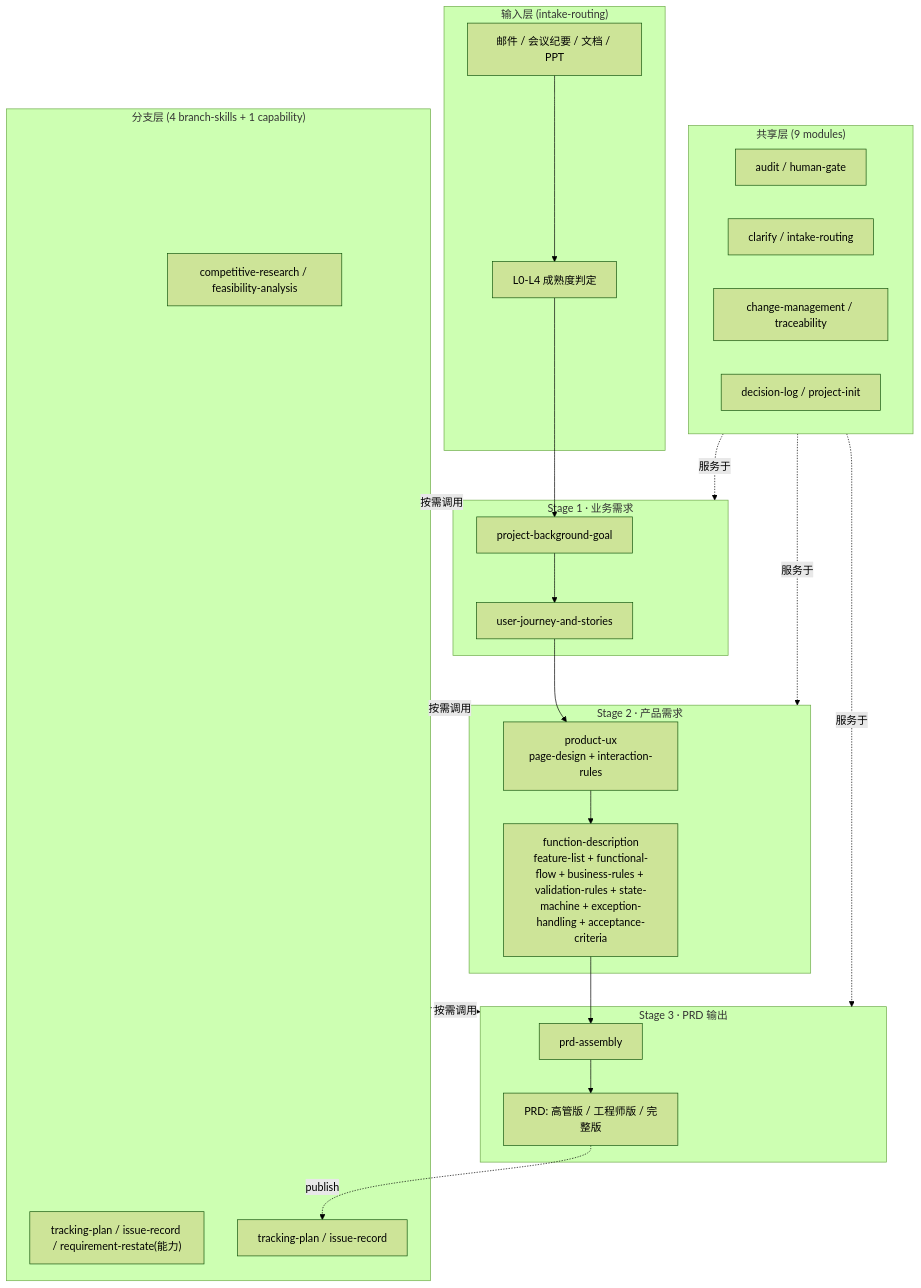
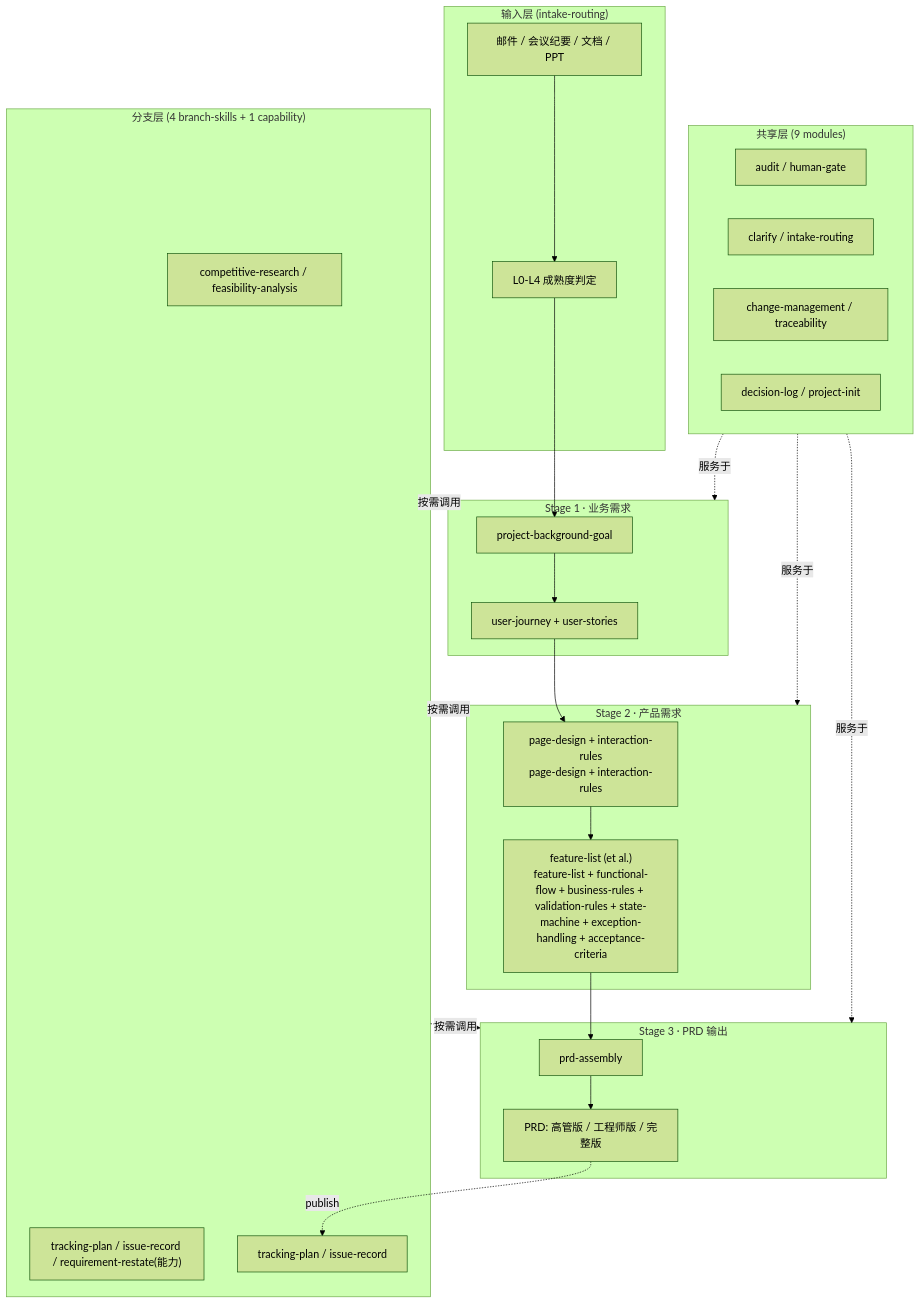
One commit to konwait12/pm-scaffold changed the diagram in docs/ARCHITECTURE.md. Above: the diagram before and after it, drawn with Mermaid (forest theme). The commit also changed other lines of this file and 24 other files, not shown here.

````diff
--- a/docs/ARCHITECTURE.md
+++ b/docs/ARCHITECTURE.md
@@ -11,49 +11,49 @@
 ```mermaid
 flowchart TB
     subgraph I["输入层 (intake-routing)"]
         I1["邮件 / 会议纪要 / 文档 / PPT"]
         I2["L0-L4 成熟度判定"]
     end
 
     subgraph S1["Stage 1 · 业务需求"]
         A1["project-background-goal"]
-        A2["user-journey-and-stories"]
+        A2["user-journey + user-stories"]
     end
 
     subgraph S2["Stage 2 · 产品需求"]
-        B1["product-ux<br/>page-design + interaction-rules"]
-        B2["function-description<br/>feature-list + functional-flow + business-rules + validation-rules + state-machine + exception-handling + acceptance-criteria"]
+        B1["page-design + interaction-rules<br/>page-design + interaction-rules"]
+        B2["feature-list (et al.)<br/>feature-list + functional-flow + business-rules + validation-rules + state-machine + exception-handling + acceptance-criteria"]
     end
 
     subgraph S3["Stage 3 · PRD 输出"]
         C1["prd-assembly"]
         C2["PRD: 高管版 / 工程师版 / 完整版"]
     end
 
     subgraph SH["共享层 (9 modules)"]
         SH1["audit / human-gate"]
         SH2["clarify / intake-routing"]
         SH3["change-management / traceability"]
         SH4["decision-log / project-init"]
     end
 
     subgraph SU["分支层 (4 branch-skills + 1 capability)"]
         SU1["competitive-research / feasibility-analysis"]
         SU2["tracking-plan / issue-record / requirement-restate(能力)"]
         SU3["tracking-plan / issue-record"]
     end
 
     I1 --> I2 --> A1
     A1 --> A2
     A2 --> B1
     B1 --> B2
     B2 --> C1
     C1 --> C2
     C2 -. publish .-> SU3
     SH -.服务于.-> S1
     SH -.服务于.-> S2
     SH -.服务于.-> S3
     SU -.按需调用.-> S1
     SU -.按需调用.-> S2
     SU -.按需调用.-> S3
 ```
````
